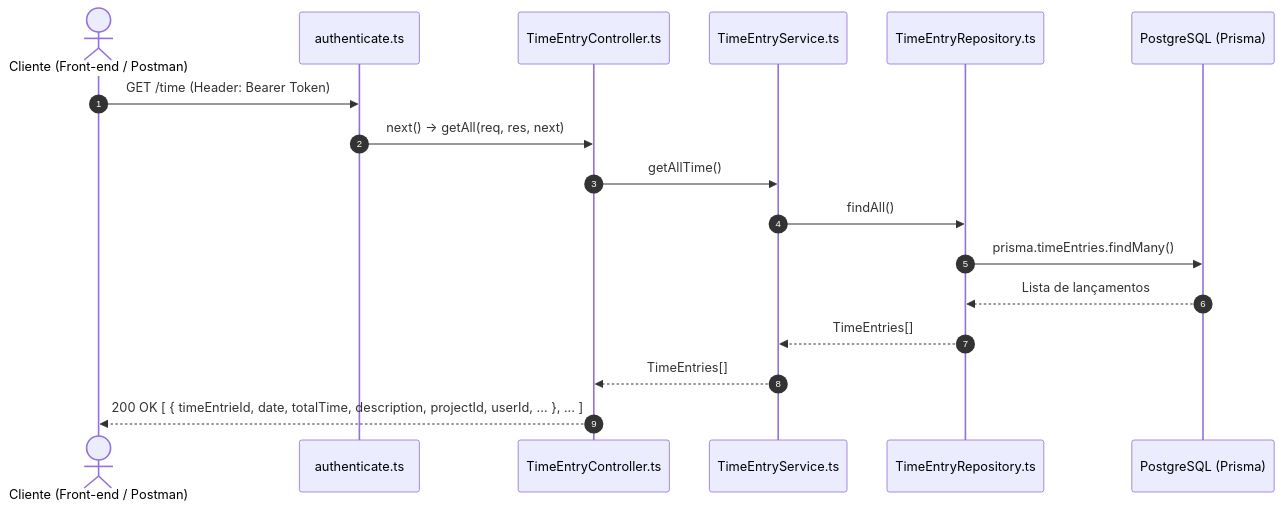
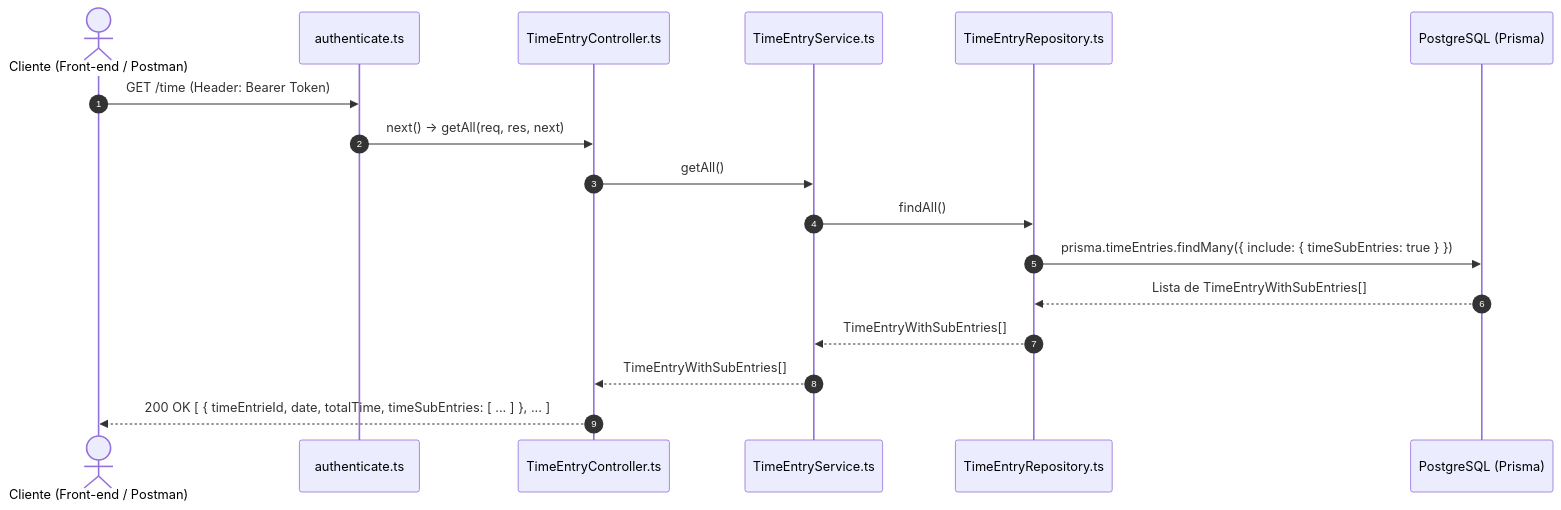
One commit to RafaelBarale/controle-horas-backend-ts changed the second of 5 diagrams in docs/fluxo_time_entries.md. Above: the diagram before and after it, drawn with Mermaid. The commit also changed other lines of this file and 12 other files, not shown here.

````diff
--- a/docs/fluxo_time_entries.md
+++ b/docs/fluxo_time_entries.md
@@ -110,20 +130,20 @@
 ```mermaid
 sequenceDiagram
     autonumber
     actor Cliente as Cliente (Front-end / Postman)
     participant AuthMW as authenticate.ts
     participant Controller as TimeEntryController.ts
     participant Service as TimeEntryService.ts
     participant Repo as TimeEntryRepository.ts
     participant DB as PostgreSQL (Prisma)
 
     Cliente->>AuthMW: GET /time (Header: Bearer Token)
     AuthMW->>Controller: next() -> getAll(req, res, next)
-    Controller->>Service: getAllTime()
+    Controller->>Service: getAll()
     Service->>Repo: findAll()
-    Repo->>DB: prisma.timeEntries.findMany()
-    DB-->>Repo: Lista de lançamentos
-    Repo-->>Service: TimeEntries[]
-    Service-->>Controller: TimeEntries[]
-    Controller-->>Cliente: 200 OK [ { timeEntrieId, date, totalTime, description, projectId, userId, ... }, ... ]
+    Repo->>DB: prisma.timeEntries.findMany({ include: { timeSubEntries: true } })
+    DB-->>Repo: Lista de TimeEntryWithSubEntries[]
+    Repo-->>Service: TimeEntryWithSubEntries[]
+    Service-->>Controller: TimeEntryWithSubEntries[]
+    Controller-->>Cliente: 200 OK [ { timeEntrieId, date, totalTime, timeSubEntries: [ ... ] }, ... ]
 ```
````
